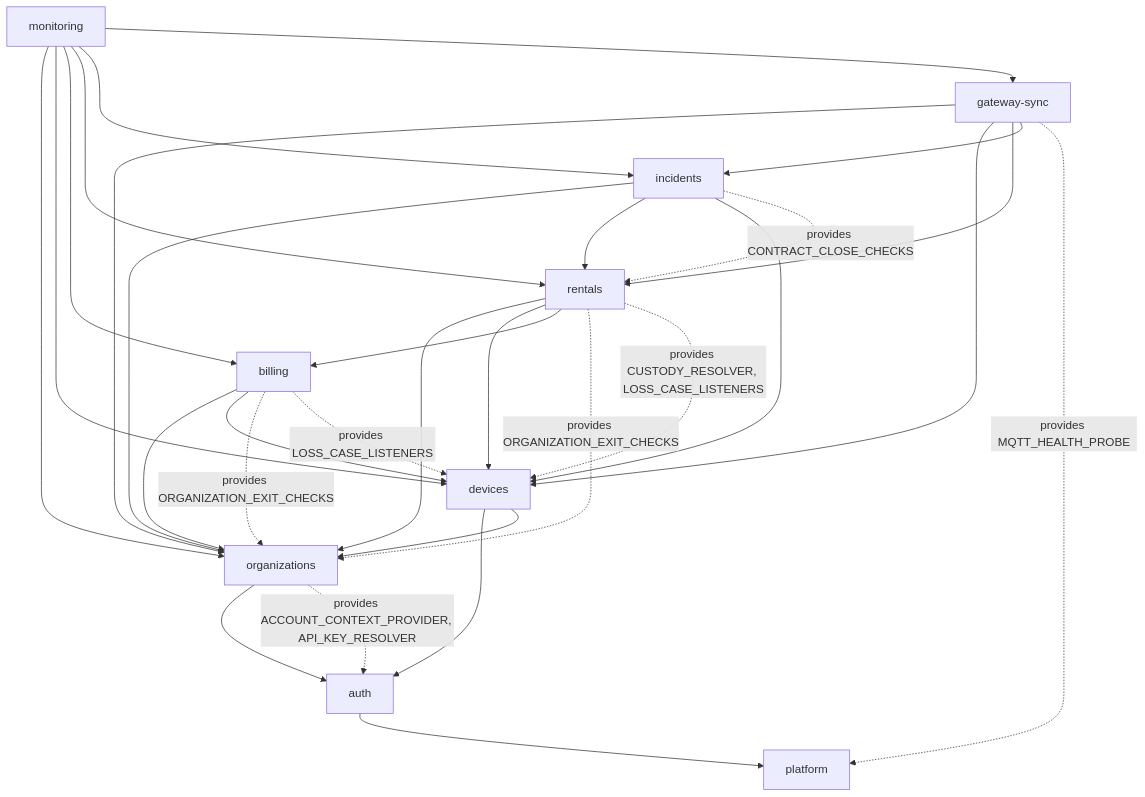
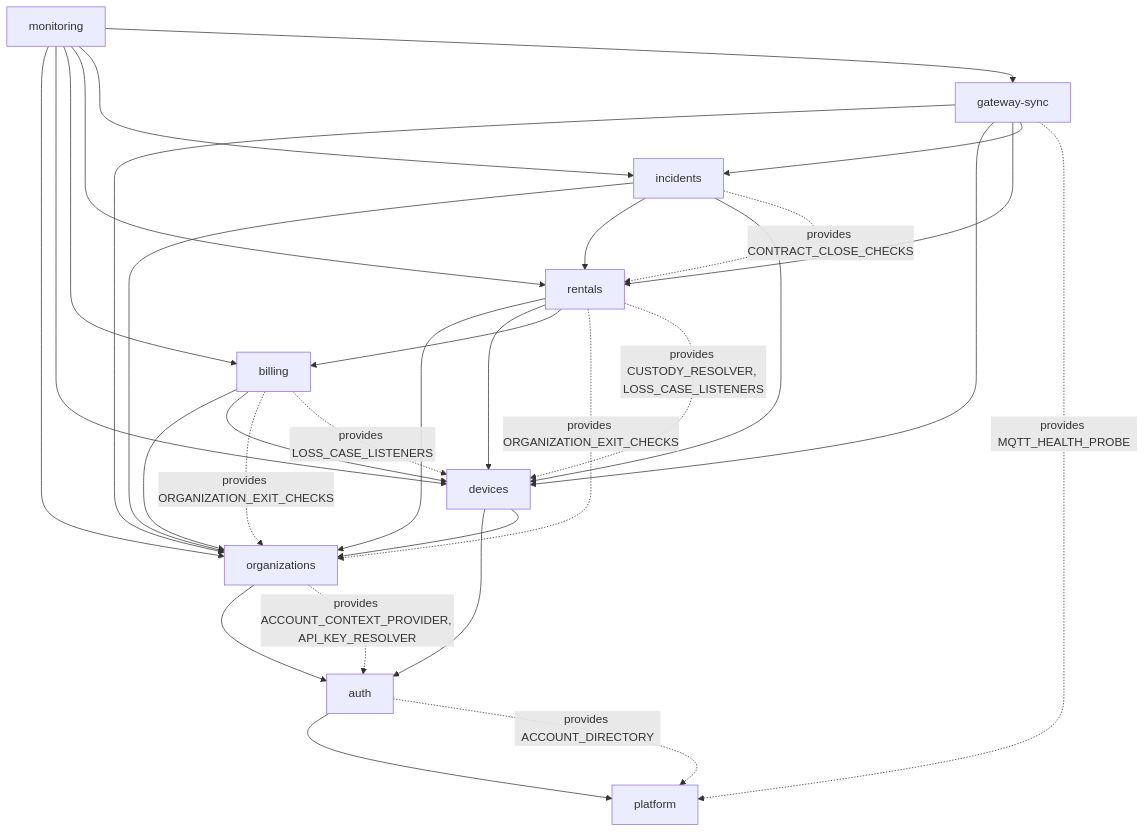
One commit to TrekLink-Team/treklink-web changed the third of 7 diagrams in specs/platform/design.md. Above: the diagram before and after it, drawn with Mermaid. The commit also changed other lines of this file and 18 other files, not shown here.

````diff
--- a/specs/platform/design.md
+++ b/specs/platform/design.md
@@ -109,41 +109,42 @@
 ```mermaid
 flowchart TB
     PLT["platform"]
     AUTH["auth"]
     ORG["organizations"]
     DEVS["devices"]
     BILL["billing"]
     RENT["rentals"]
     INC["incidents"]
     GWS["gateway-sync"]
     MON["monitoring"]
     AUTH --> PLT
     ORG --> AUTH
     DEVS --> AUTH
     DEVS --> ORG
     BILL --> ORG
     BILL --> DEVS
     RENT --> ORG
     RENT --> DEVS
     RENT --> BILL
     INC --> ORG
     INC --> RENT
     INC --> DEVS
     GWS --> ORG
     GWS --> DEVS
     GWS --> RENT
     GWS --> INC
     MON --> ORG
     MON --> DEVS
     MON --> BILL
     MON --> RENT
     MON --> INC
     MON --> GWS
     ORG -.->|"provides ACCOUNT_CONTEXT_PROVIDER, API_KEY_RESOLVER"| AUTH
     BILL -.->|"provides ORGANIZATION_EXIT_CHECKS"| ORG
     RENT -.->|"provides ORGANIZATION_EXIT_CHECKS"| ORG
     INC -.->|"provides CONTRACT_CLOSE_CHECKS"| RENT
     RENT -.->|"provides CUSTODY_RESOLVER, LOSS_CASE_LISTENERS"| DEVS
     BILL -.->|"provides LOSS_CASE_LISTENERS"| DEVS
     GWS -.->|"provides MQTT_HEALTH_PROBE"| PLT
+    AUTH -.->|"provides ACCOUNT_DIRECTORY"| PLT
 ```
````
